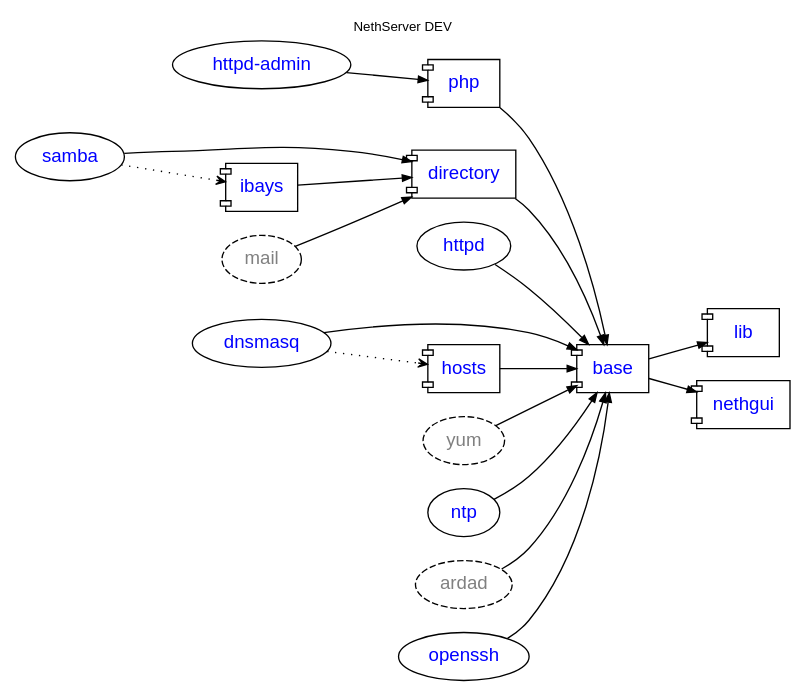
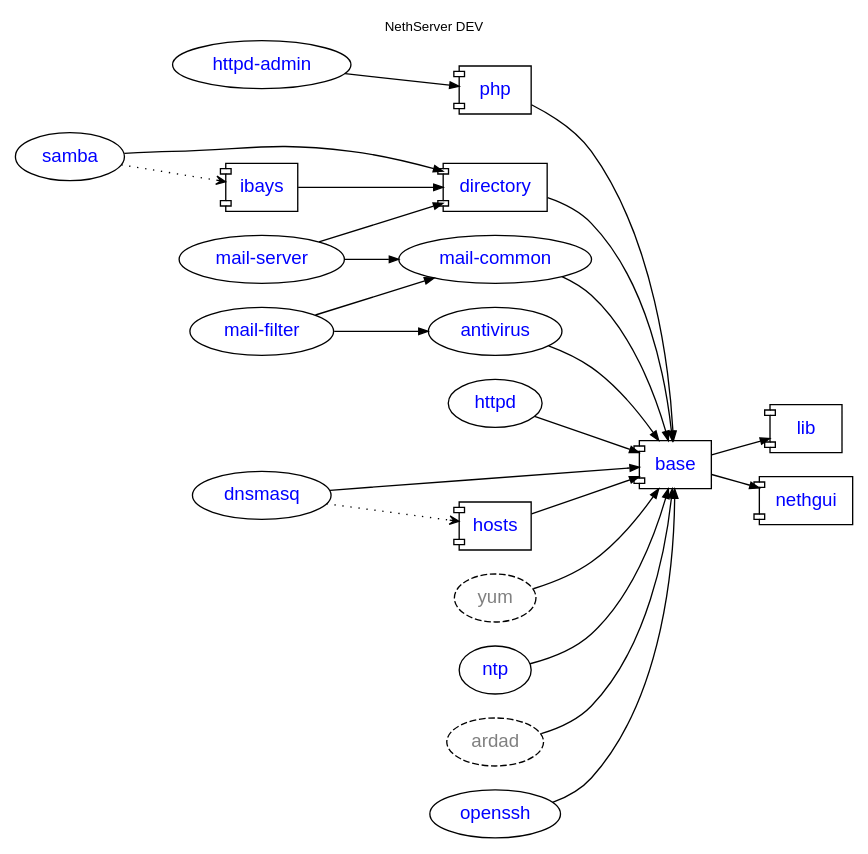
The diagram in nethserver/package-dependencies.dot (nethesis/dev-nethesis-it), drawn with Graphviz before and after one commit. The commit also changed 1 other file, not shown here.

Commit message:
Added TAG DEV104

```diff
--- a/nethserver/package-dependencies.dot
+++ b/nethserver/package-dependencies.dot
@@ -1,43 +1,51 @@
 digraph DEV {
     rankdir = "LR"; compound = true; concentrate = true; fontname = "Helvetica"; fontnames="svg"; fontsize=10.0; label="NethServer DEV"; labelloc = "t"
 
     node [shape="oval",fontname="Helvetica"];
     edge [arrowsize=0.7];
 
     httpd_admin [fontcolor=blue,label="httpd-admin",URL="http://dev.nethesis.it/projects/nethserver-httpd-admin"];
     base [fontcolor=blue,URL="http://dev.nethesis.it/projects/nethserver-base",shape="component"];
     directory [fontcolor=blue,URL="http://dev.nethesis.it/projects/nethserver-directory",shape="component"];    
     samba [fontcolor=blue,URL="http://dev.nethesis.it/projects/nethserver-samba"];    
     ibays [fontcolor=blue,URL="http://dev.nethesis.it/projects/nethserver-ibays",shape="component"];    
     lib [fontcolor=blue,URL="http://dev.nethesis.it/projects/nethserver-lib",shape="component"];    
     httpd [fontcolor=blue,URL="http://dev.nethesis.it/projects/nethserver-httpd"];    
     hosts [fontcolor=blue,URL="http://dev.nethesis.it/projects/nethserver-hosts",shape="component"];
     php [fontcolor=blue,URL="http://dev.nethesis.it/projects/nethserver-php",shape="component"];
     yum [fontcolor=gray,URL="http://dev.nethesis.it/projects/nethserver-yum",style="dashed"];
     ntp [fontcolor=blue,URL="http://dev.nethesis.it/projects/nethserver-ntp"];
     dnsmasq [fontcolor=blue,URL="http://dev.nethesis.it/projects/nethserver-dnsmasq"];
-    mail [fontcolor=gray,URL="http://dev.nethesis.it/projects/nethserver-mail",style="dashed"];
+    mails [label="mail-server",fontcolor=blue,URL="http://dev.nethesis.it/projects/nethserver-mail-server"];
+    mailf [label="mail-filter",fontcolor=blue,URL="http://dev.nethesis.it/projects/nethserver-mail-filter"];
+    mailc [label="mail-common",fontcolor=blue,URL="http://dev.nethesis.it/projects/nethserver-mail-common"];
     ardad [fontcolor=gray,style="dashed"];
     nethgui [fontcolor=blue,URL="http://dev.nethesis.it/projects/nethgui",shape="component"];    
     openssh [fontcolor=blue,URL="http://dev.nethesis.it/projects/nethserver-openssh"];
+    antivirus [fontcolor=blue,URL="http://dev.nethesis.it/projects/nethserver-antivirus"];
 
                
     base -> lib
     base -> nethgui
     openssh -> base
     directory -> base
     samba -> directory
     ibays -> directory
     httpd -> base
     dnsmasq -> hosts [style=dotted,arrowhead=vee];
     dnsmasq -> base
     hosts -> base
     httpd_admin -> php
     samba -> ibays [style=dotted,arrowhead=vee];
     yum -> base
     ntp -> base
     php -> base
-    mail -> directory
+    mails -> directory
+    mails -> mailc
+    mailf -> mailc
+    mailf -> antivirus
+    mailc -> base
     ardad -> base
-        
+    antivirus -> base
+
 }
```
